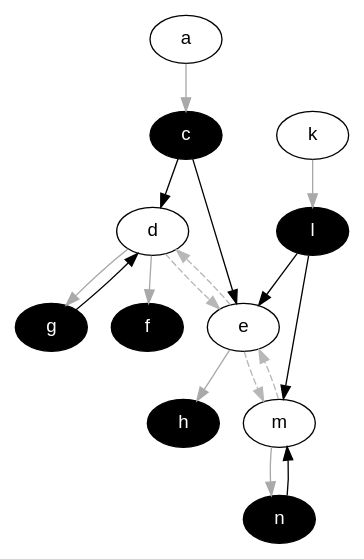
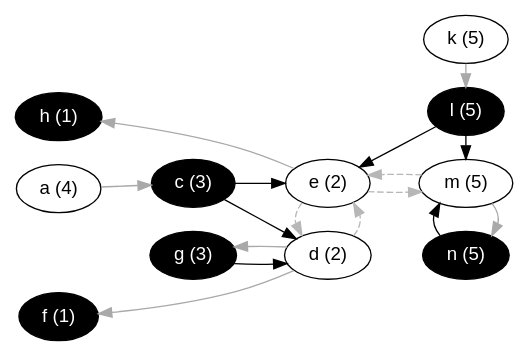
One commit to idaks/Games-and-Argumentation changed the diagram in lib/graphs/kernel_pw2_graph_colored.dot. Above: the diagram before and after it, drawn with Graphviz. The commit also changed 33 other files, not shown here.

```diff
--- a/lib/graphs/kernel_pw2_graph_colored.dot
+++ b/lib/graphs/kernel_pw2_graph_colored.dot
@@ -1,24 +1,41 @@
 digraph G {
+  rankdir="LR"
   node [shape=oval style=filled fontname=Helvetica fontsize=14]
-  node [fillcolor="#ffffff" fontcolor="#000000"] a k d e m;
-  node [fillcolor="#000000" fontcolor="#ffffff"] c l f g h n;
+  node [fillcolor="#ffffff" fontcolor="#000000"] 
+       a[label="a (4)"] 
+       k[label="k (5)"] 
+       d[label="d (2)"] 
+       e[label="e (2)"] 
+       m[label="m (5)"];
+  node [fillcolor="#000000" fontcolor="#ffffff"] 
+       c[label="c (3)"] 
+       l[label="l (5)"] 
+       f[label="f (1)"] 
+       g[label="g (3)"] 
+       h[label="h (1)"] 
+       n[label="n (5)"];
   edge [dir=forward, color="#A9A9A9", style="solid"]
         "a" -> "c";
         "k" -> "l";
         "d" -> "f";
         "d" -> "g";
         "e" -> "h";
         "m" -> "n";
   edge [dir=forward, color="#000000", style="solid"]
         "c" -> "d";
         "c" -> "e";
         "l" -> "e";
         "l" -> "m";
         "g" -> "d";
         "n" -> "m";
   edge [dir=forward, color="#b7b7b7", style="dashed"]
         "d" -> "e";
         "e" -> "d";
         "e" -> "m";
         "m" -> "e";
+
+  {rank = min; f; h}
+  {rank = same; d; e}
+  {rank = same; c; g}
+  {rank = max; k; l; m; n}
 }
```
